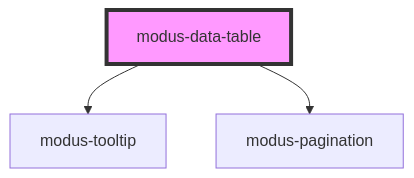
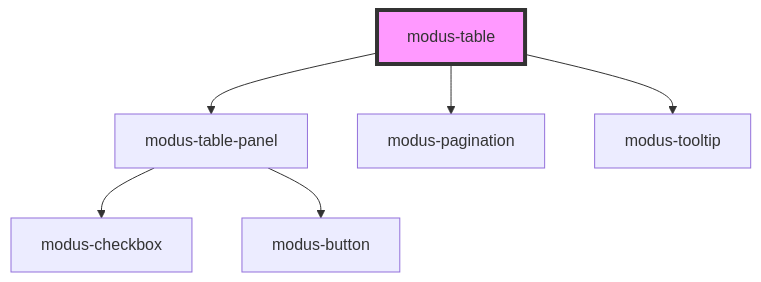
Before and after one commit to trimble-oss/modus-web-components: the diagram in stencil-workspace/src/components/modus-table/readme.md, drawn with Mermaid. The commit also changed other lines of this file and 22 other files, not shown here.

Commit message:
Added column reordering feature for Modus Table

````diff
--- a/stencil-workspace/src/components/modus-table/readme.md
+++ b/stencil-workspace/src/components/modus-table/readme.md
@@ -60,6 +65,9 @@
 ```mermaid
 graph TD;
-  modus-data-table --> modus-tooltip
-  modus-data-table --> modus-pagination
-  style modus-data-table fill:#f9f,stroke:#333,stroke-width:4px
+  modus-table --> modus-table-panel
+  modus-table --> modus-pagination
+  modus-table --> modus-tooltip
+  modus-table-panel --> modus-checkbox
+  modus-table-panel --> modus-button
+  style modus-table fill:#f9f,stroke:#333,stroke-width:4px
 ```
````
